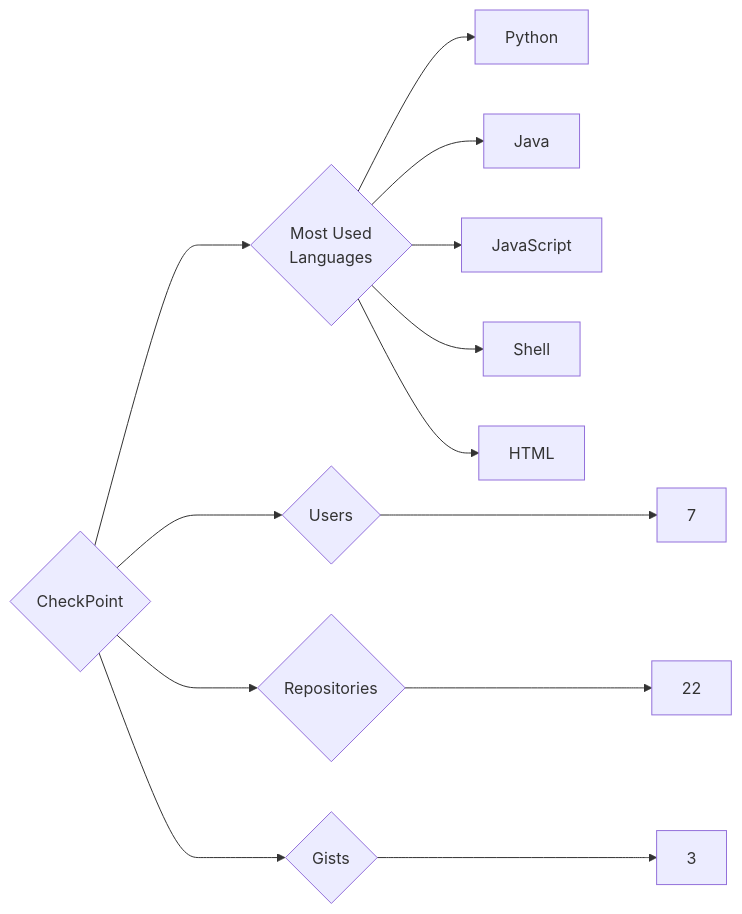
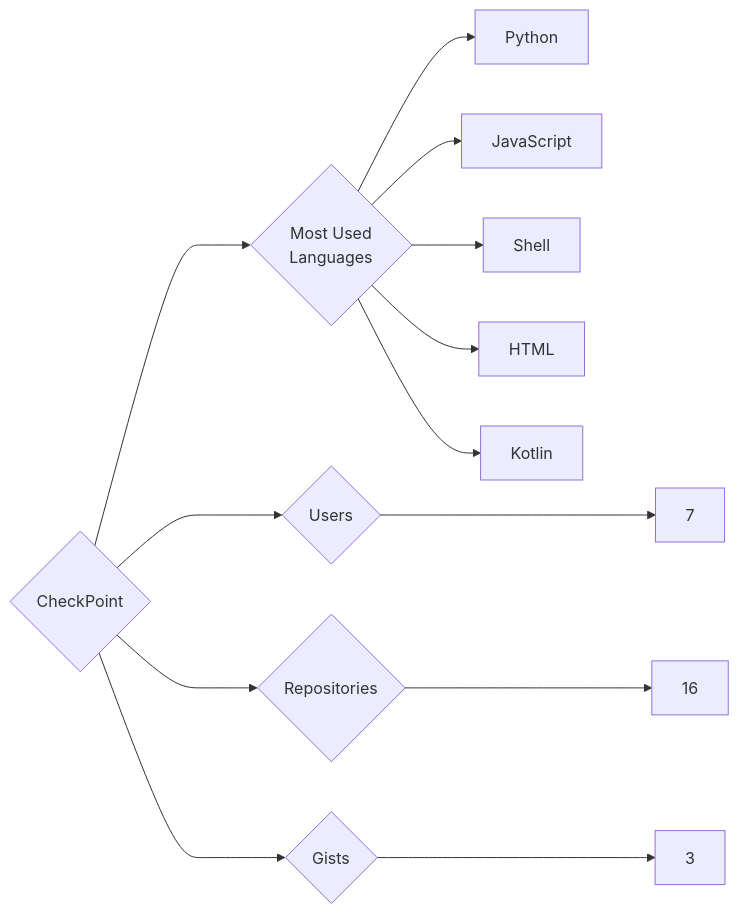
One commit to trickest/insiders changed the diagram in targets/CheckPoint/README.md. Above: the diagram before and after it, drawn with Mermaid. The commit also changed 934 other files, not shown here.

````diff
--- a/targets/CheckPoint/README.md
+++ b/targets/CheckPoint/README.md
@@ -3,13 +3,13 @@
 ```mermaid
 graph LR
 COMPANY_NAME{CheckPoint}
 COMPANY_NAME ---> U{Users} ---> UN[7]
-COMPANY_NAME ---> R{Repositories} ---> RN[22]
+COMPANY_NAME ---> R{Repositories} ---> RN[16]
 COMPANY_NAME ---> G{Gists} ---> GN[3]
 COMPANY_NAME ---> ML{Most Used<br>Languages}
 ML --> Python[Python]
-ML --> Java[Java]
 ML --> JavaScript[JavaScript]
 ML --> Shell[Shell]
 ML --> HTML[HTML]
+ML --> Kotlin[Kotlin]
 ```
````
